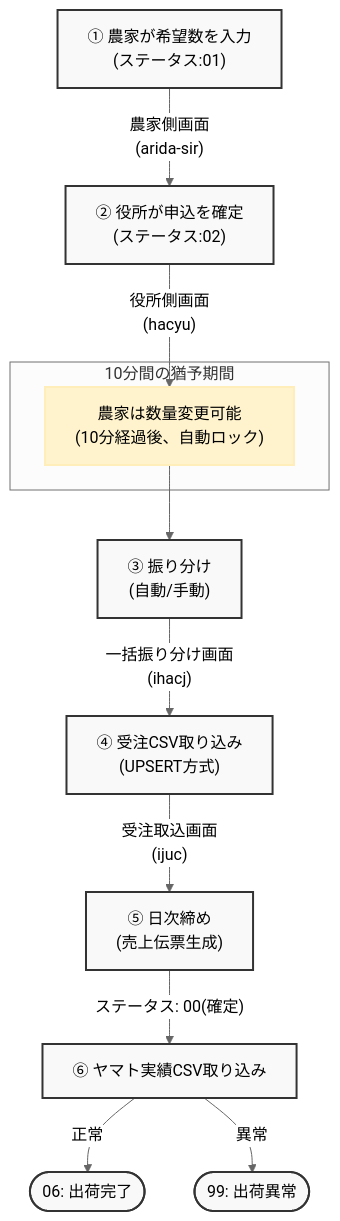
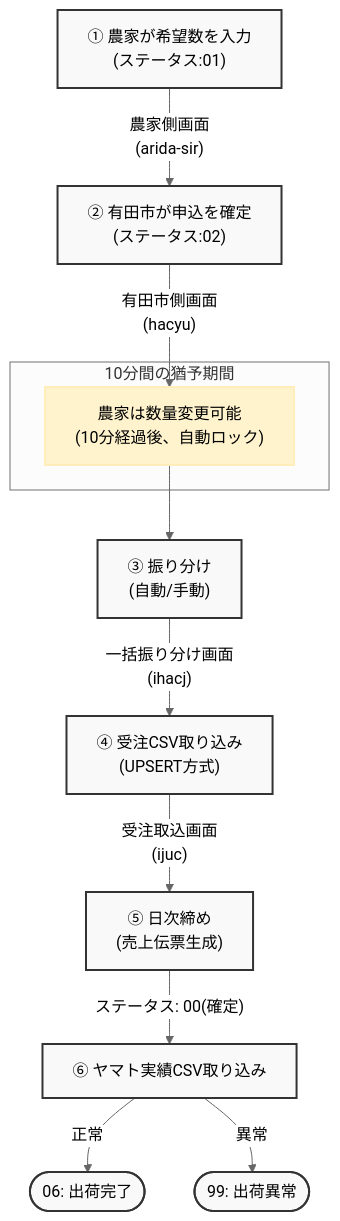
The first of 2 diagrams in src/manual/01_overview.md (totototo0526/arida-furusato-nozei), drawn with Mermaid (neutral theme) before and after one commit. The commit also changed other lines of this file and 6 other files, not shown here.

````diff
--- a/src/manual/01_overview.md
+++ b/src/manual/01_overview.md
@@ -68,21 +68,21 @@
 ```mermaid
 flowchart TD
     A["① 農家が希望数を入力\n(ステータス:01)"] -->|"農家側画面\n(arida-sir)"| B
-    B["② 役所が申込を確定\n(ステータス:02)"] -->|"役所側画面\n(hacyu)"| C
+    B["② 有田市が申込を確定\n(ステータス:02)"] -->|"有田市側画面\n(hacyu)"| C
     
     subgraph Timer["10分間の猶予期間"]
         C["農家は数量変更可能\n(10分経過後、自動ロック)"]
     end
     
     C --> D["③ 振り分け\n(自動/手動)"]
     D -->|"一括振り分け画面\n(ihacj)"| E["④ 受注CSV取り込み\n(UPSERT方式)"]
     E -->|"受注取込画面\n(ijuc)"| F["⑤ 日次締め\n(売上伝票生成)"]
     F -->|"ステータス: 00(確定)"| G["⑥ ヤマト実績CSV取り込み"]
     
     G -->|"正常"| H(["06: 出荷完了"])
     G -->|"異常"| I(["99: 出荷異常"])
     
     classDef default fill:#f9f9f9,stroke:#333,stroke-width:2px;
     classDef alert fill:#fff3cd,stroke:#ffeeba,stroke-width:2px;
     class C alert;
 ```
````
